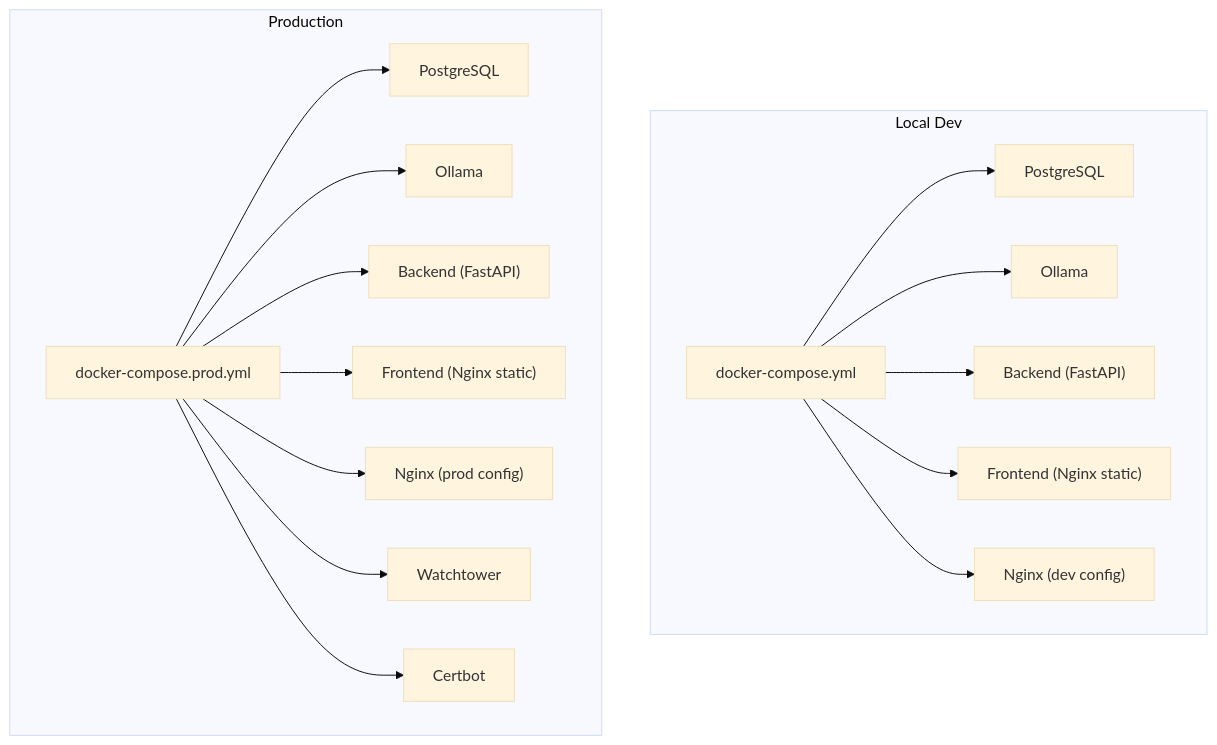
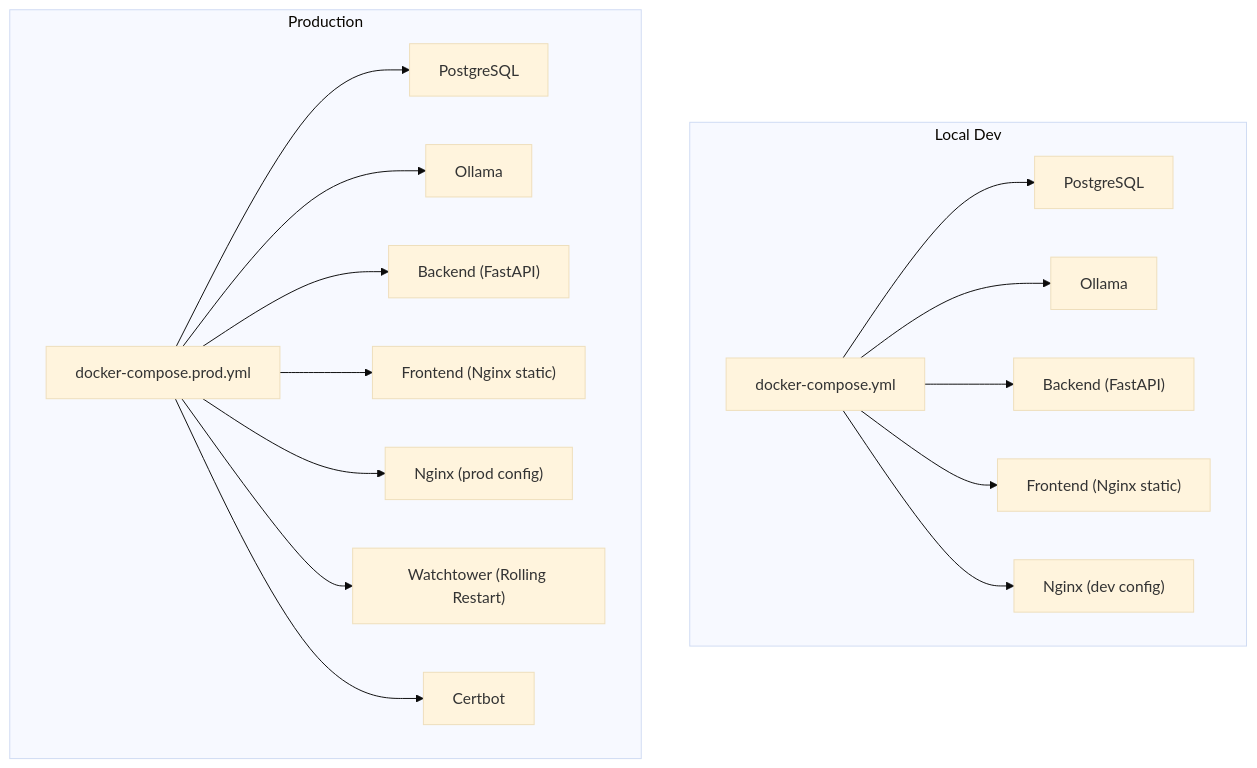
One commit to Revanththetalogics/aireume changed the first of 7 diagrams in .qoder/repowiki/en/content/Deployment & DevOps/Deployment & DevOps.md. Above: the diagram before and after it, drawn with Mermaid (base theme). The commit also changed other lines of this file and 33 other files, not shown here.

````diff
--- a/.qoder/repowiki/en/content/Deployment & DevOps/Deployment & DevOps.md
+++ b/.qoder/repowiki/en/content/Deployment & DevOps/Deployment & DevOps.md
@@ -44,21 +52,21 @@
 ```mermaid
 graph TB
 subgraph "Local Dev"
 DCDev["docker-compose.yml"]
 DCDev --> PostgresDev["PostgreSQL"]
 DCDev --> OllamaDev["Ollama"]
 DCDev --> BackendDev["Backend (FastAPI)"]
 DCDev --> FrontendDev["Frontend (Nginx static)"]
 DCDev --> NginxDev["Nginx (dev config)"]
 end
 subgraph "Production"
 DCP["docker-compose.prod.yml"]
 DCP --> PostgresProd["PostgreSQL"]
 DCP --> OllamaProd["Ollama"]
 DCP --> BackendProd["Backend (FastAPI)"]
 DCP --> FrontendProd["Frontend (Nginx static)"]
 DCP --> NginxProd["Nginx (prod config)"]
-DCP --> Watchtower["Watchtower"]
+DCP --> Watchtower["Watchtower (Rolling Restart)"]
 DCP --> Certbot["Certbot"]
 end
 ```
````
